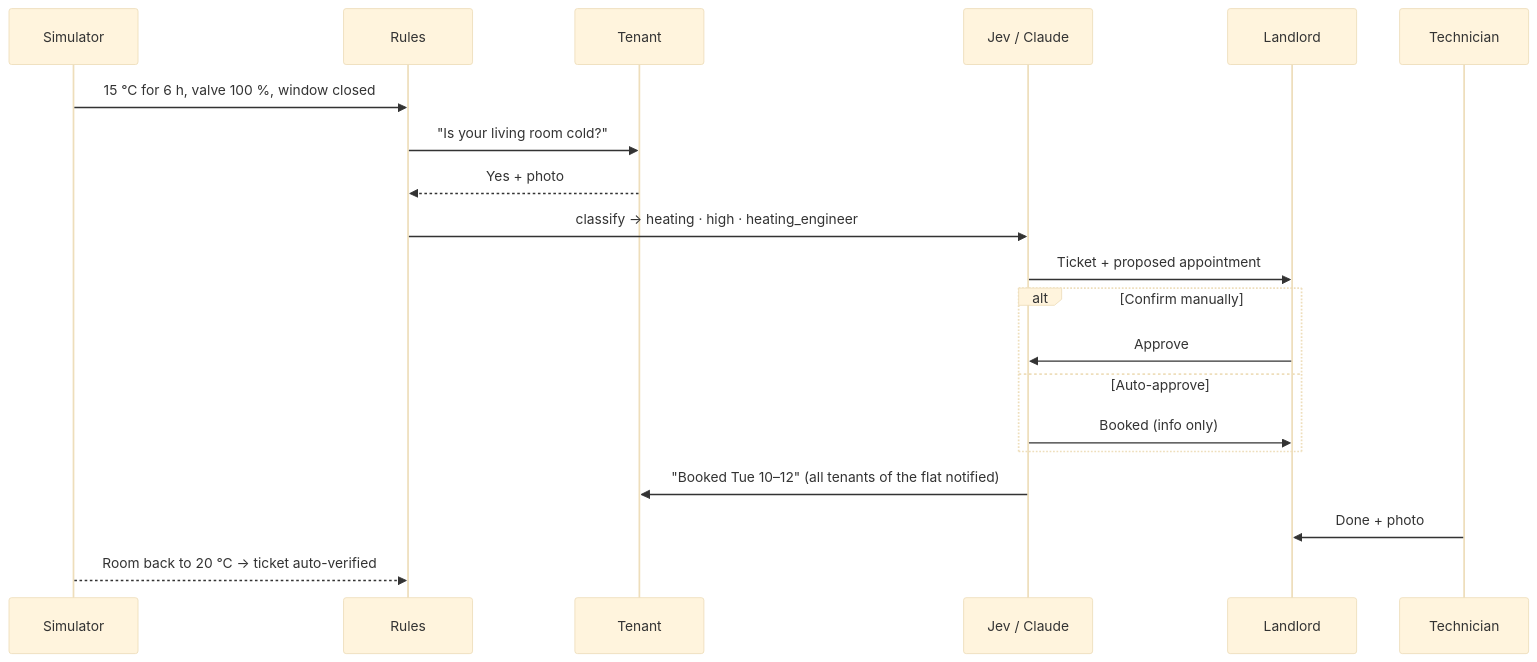
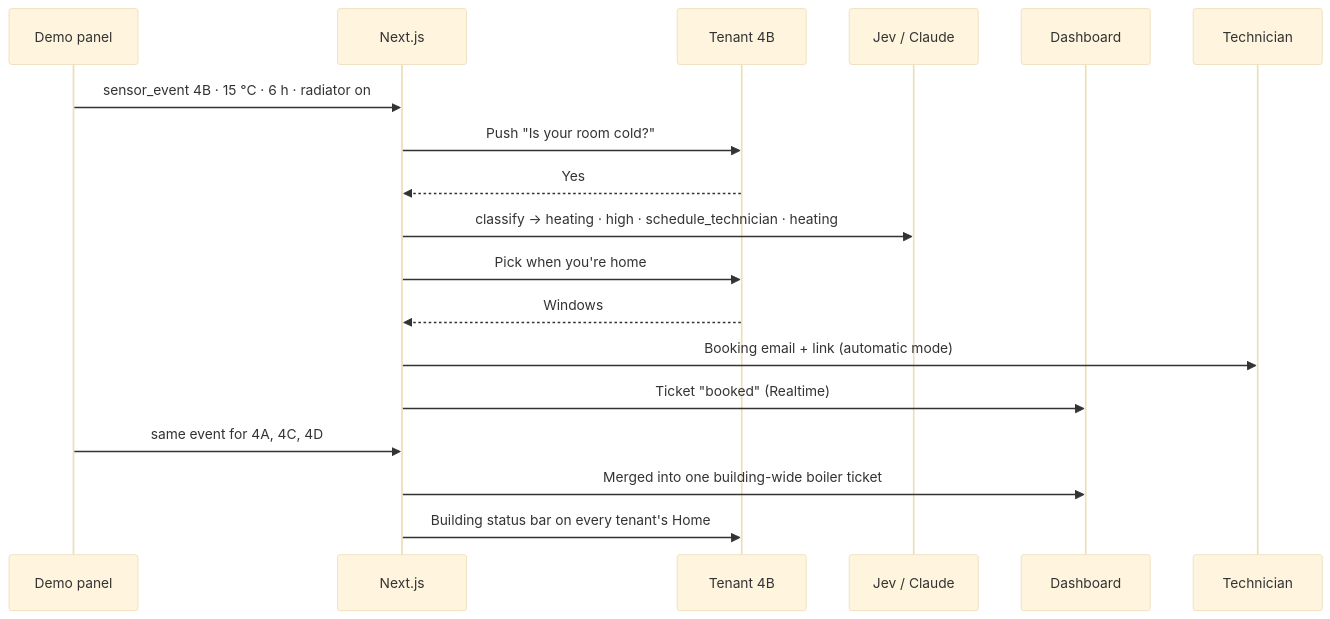
Before and after one commit to lepn202/DT-GroupProject: the fourth of 4 diagrams in architecture.md, drawn with Mermaid (base theme). The commit also changed other lines of this file and 1 other file, not shown here.

First line of the commit message:
Align architecture.md with product.md MVP scope

````diff
--- a/architecture.md
+++ b/architecture.md
@@ -276,22 +392,20 @@
 ```mermaid
 sequenceDiagram
-    participant S as Simulator
-    participant R as Rules
-    participant T as Tenant
+    participant D as Demo panel
+    participant API as Next.js
+    participant T as Tenant 4B
     participant AI as Jev / Claude
-    participant L as Landlord
+    participant L as Dashboard
     participant M as Technician
-    S->>R: 15 °C for 6 h, valve 100 %, window closed
-    R->>T: "Is your living room cold?"
-    T-->>R: Yes + photo
-    R->>AI: classify → heating · high · heating_engineer
-    AI->>L: Ticket + proposed appointment
-    alt Confirm manually
-        L->>AI: Approve
-    else Auto-approve
-        AI->>L: Booked (info only)
-    end
-    AI->>T: "Booked Tue 10–12" (all tenants of the flat notified)
-    M->>L: Done + photo
-    S-->>R: Room back to 20 °C → ticket auto-verified
+    D->>API: sensor_event 4B · 15 °C · 6 h · radiator on
+    API->>T: Push "Is your room cold?"
+    T-->>API: Yes
+    API->>AI: classify → heating · high · schedule_technician · heating
+    API->>T: Pick when you're home
+    T-->>API: Windows
+    API->>M: Booking email + link (automatic mode)
+    API->>L: Ticket "booked" (Realtime)
+    D->>API: same event for 4A, 4C, 4D
+    API->>L: Merged into one building-wide boiler ticket
+    API->>T: Building status bar on every tenant's Home
 ```
````
